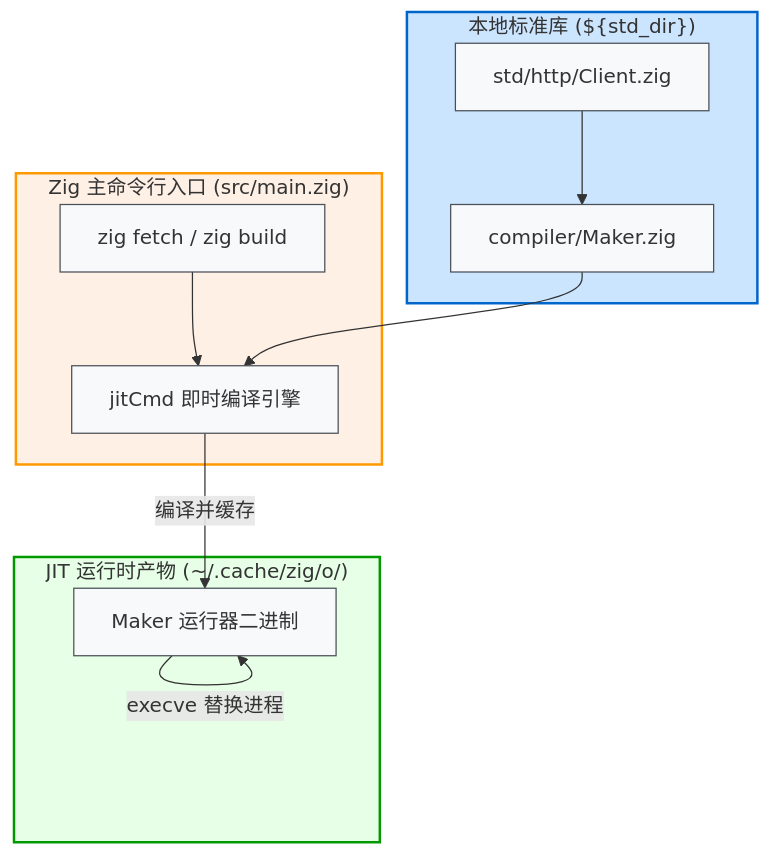
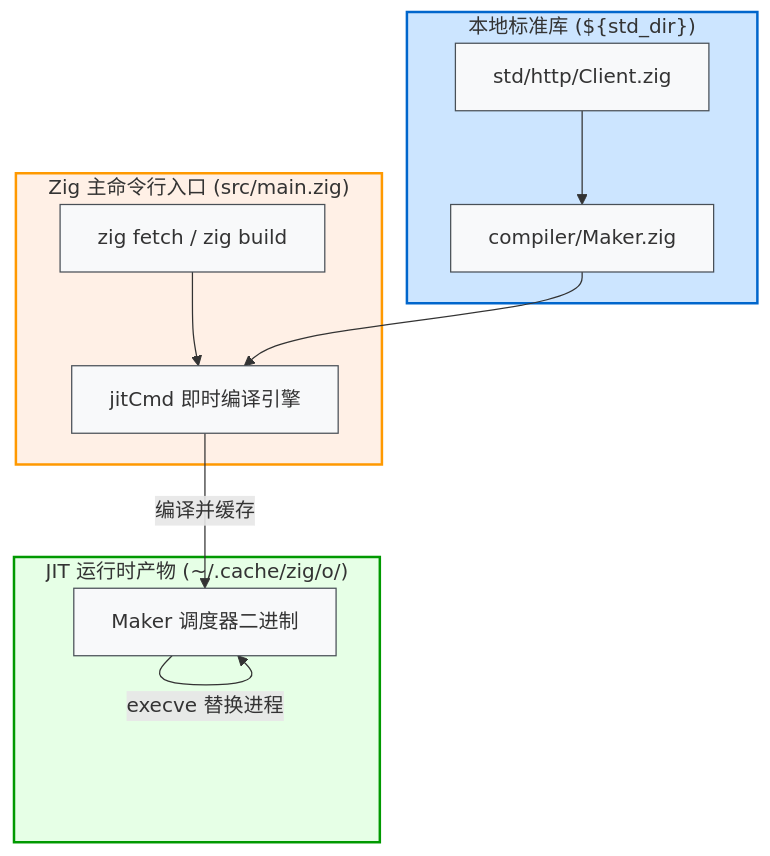
One commit to jiacai2050/zig-maker changed the diagram in docs/how-zig-maker-works.md. Above: the diagram before and after it, drawn with Mermaid. The commit also changed other lines of this file, not shown here.

````diff
--- a/docs/how-zig-maker-works.md
+++ b/docs/how-zig-maker-works.md
@@ -47,27 +51,27 @@
 ```mermaid
 graph TD
     subgraph CLI ["Zig 主命令行入口 (src/main.zig)"]
         cmd["zig fetch / zig build"]
         jit["jitCmd 即时编译引擎"]
     end
 
     subgraph Runtime ["JIT 运行时产物 (~/.cache/zig/o/)"]
-        maker["Maker 运行器二进制"]
+        maker["Maker 调度器二进制"]
     end
 
     subgraph StandardLib ["本地标准库 (${std_dir})"]
         client["std/http/Client.zig"]
         maker_src["compiler/Maker.zig"]
     end
 
     cmd --> jit
     maker_src --> jit
     client --> maker_src
     jit -- "编译并缓存" --> maker
     maker -- "execve 替换进程" --> maker
 
     classDef default fill:#f8f9fa,stroke:#495057;
     style CLI fill:#fff0e6,stroke:#ff9900,stroke-width:2px;
     style Runtime fill:#e6ffe6,stroke:#009900,stroke-width:2px;
     style StandardLib fill:#cce5ff,stroke:#0066cc,stroke-width:2px;
 ```
````
